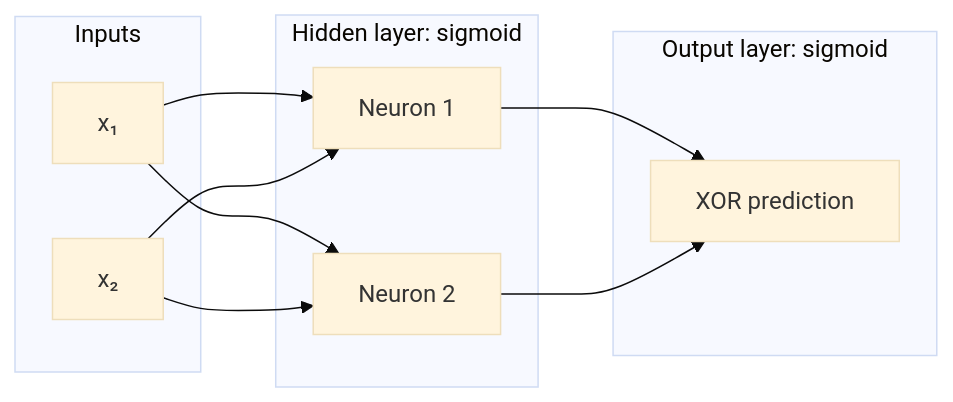
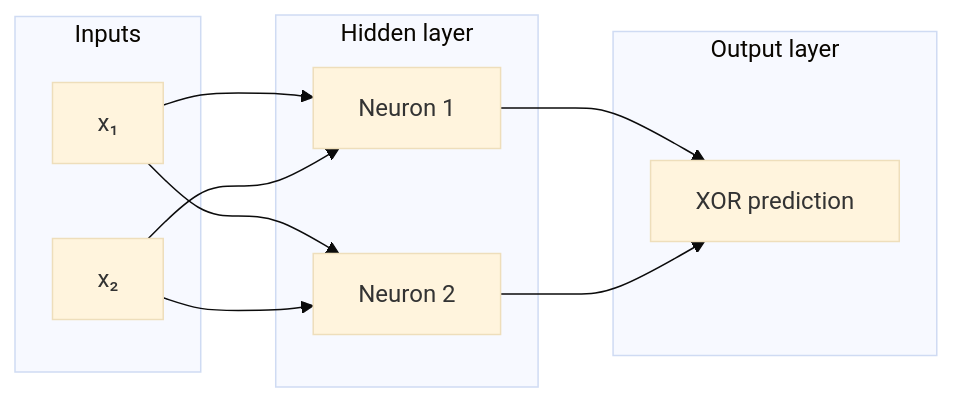
Before and after one commit to aileks/Brainlet: the diagram in README.md, drawn with Mermaid (base theme). The commit also changed other lines of this file, not shown here.

````diff
--- a/README.md
+++ b/README.md
@@ -9,18 +9,18 @@
 ```mermaid
 flowchart LR
     subgraph Inputs
         x1["x₁"]
         x2["x₂"]
     end
-    subgraph Hidden["Hidden layer: sigmoid"]
+    subgraph Hidden["Hidden layer"]
         h1["Neuron 1"]
         h2["Neuron 2"]
     end
-    subgraph Output["Output layer: sigmoid"]
+    subgraph Output["Output layer"]
         y["XOR prediction"]
     end
 
     x1 --> h1 & h2
     x2 --> h1 & h2
     h1 & h2 --> y
 ```
````
